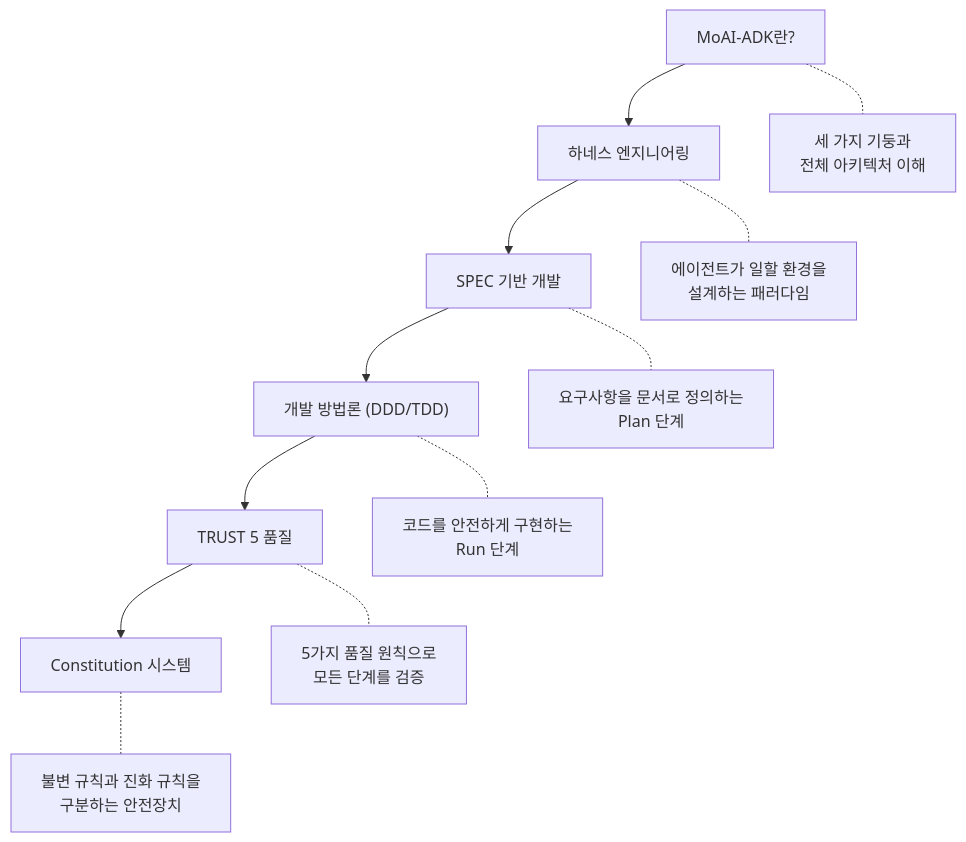
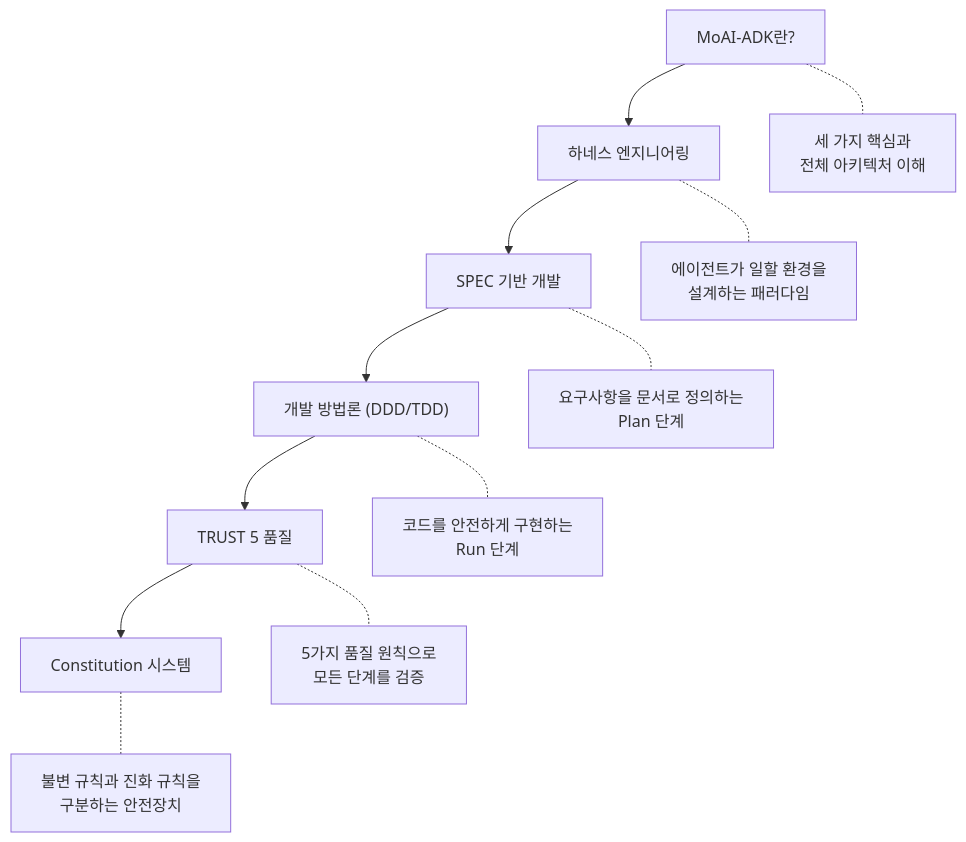
One commit to modu-ai/moai-adk changed the diagram in docs-site/content/ko/core-concepts/_index.md. Above: the diagram before and after it, drawn with Mermaid. The commit also changed other lines of this file and 54 other files, not shown here.

````diff
--- a/docs-site/content/ko/core-concepts/_index.md
+++ b/docs-site/content/ko/core-concepts/_index.md
@@ -28,15 +28,15 @@
 ```mermaid
 flowchart TD
     A["MoAI-ADK란?"] --> B["하네스 엔지니어링"]
     B --> C["SPEC 기반 개발"]
     C --> D["개발 방법론 (DDD/TDD)"]
     D --> E["TRUST 5 품질"]
     E --> F["Constitution 시스템"]
 
-    A -.- A1["세 가지 기둥과\n전체 아키텍처 이해"]
+    A -.- A1["세 가지 핵심과\n전체 아키텍처 이해"]
     B -.- B1["에이전트가 일할 환경을\n설계하는 패러다임"]
     C -.- C1["요구사항을 문서로 정의하는\nPlan 단계"]
     D -.- D1["코드를 안전하게 구현하는\nRun 단계"]
     E -.- E1["5가지 품질 원칙으로\n모든 단계를 검증"]
     F -.- F1["불변 규칙과 진화 규칙을\n구분하는 안전장치"]
 ```
````
